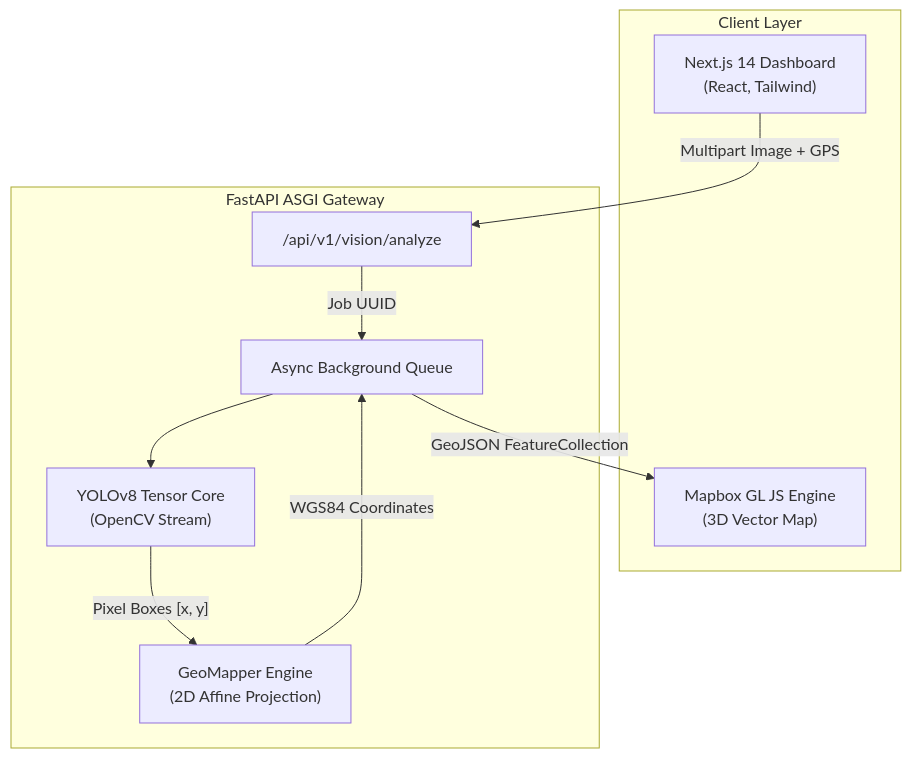
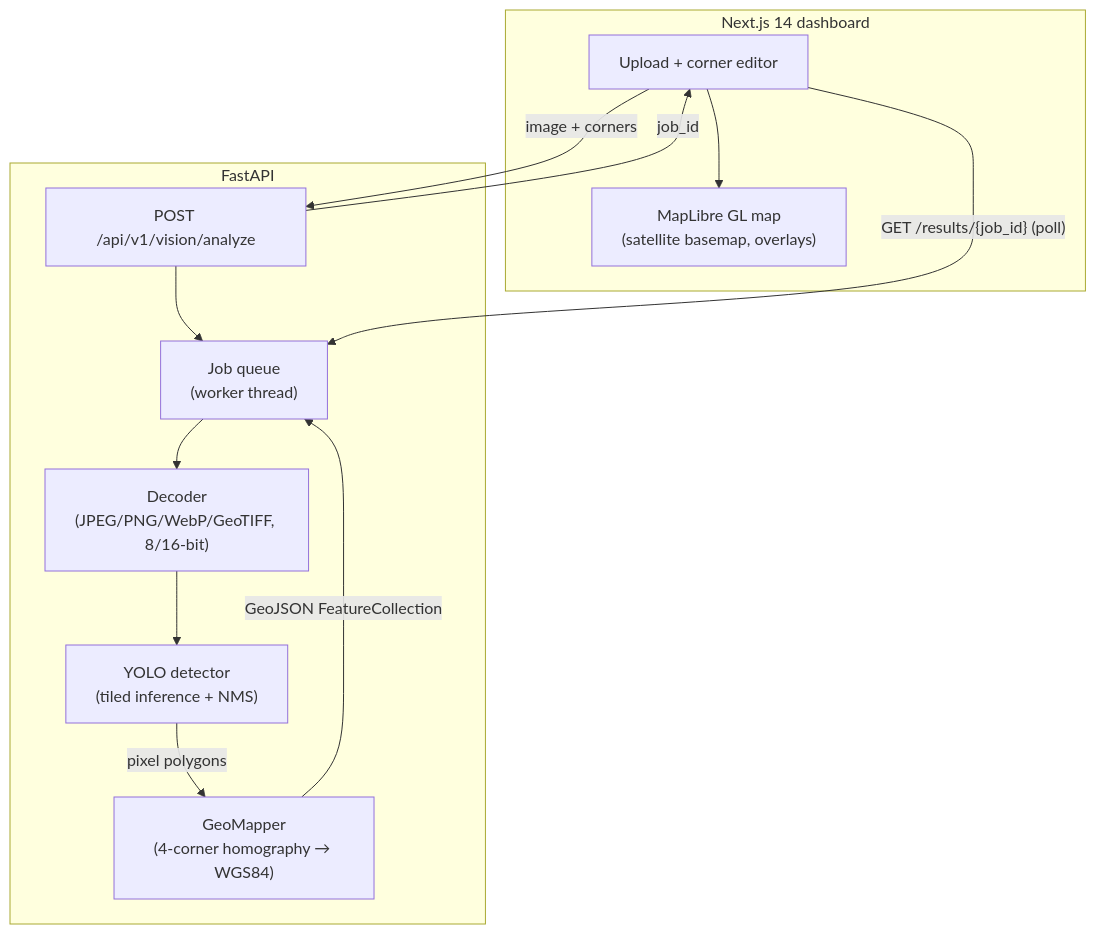
Before and after one commit to valentinakiyungi/GeoPulse: the diagram in README.md, drawn with Mermaid. The commit also changed other lines of this file and 50 other files, not shown here.

````diff
--- a/README.md
+++ b/README.md
@@ -35,21 +43,22 @@
 ```mermaid
 flowchart TD
-    subgraph Client ["Client Layer"]
-        UI["Next.js 14 Dashboard<br/>(React, Tailwind)"]
-        Map["Mapbox GL JS Engine<br/>(3D Vector Map)"]
+    subgraph Client ["Next.js 14 dashboard"]
+        UI["Upload + corner editor"]
+        Map["MapLibre GL map<br/>(satellite basemap, overlays)"]
     end
 
-    subgraph Backend ["FastAPI ASGI Gateway"]
-        API["/api/v1/vision/analyze"]
-        Worker["Async Background Queue"]
-        YOLO["YOLOv8 Tensor Core<br/>(OpenCV Stream)"]
-        Geo["GeoMapper Engine<br/>(2D Affine Projection)"]
+    subgraph Backend ["FastAPI"]
+        API["POST /api/v1/vision/analyze"]
+        Q["Job queue<br/>(worker thread)"]
+        DEC["Decoder<br/>(JPEG/PNG/WebP/GeoTIFF, 8/16-bit)"]
+        YOLO["YOLO detector<br/>(tiled inference + NMS)"]
+        GEO["GeoMapper<br/>(4-corner homography → WGS84)"]
     end
 
-    UI -- "Multipart Image + GPS" --> API
-    API -- "Job UUID" --> Worker
-    Worker --> YOLO
-    YOLO -- "Pixel Boxes [x, y]" --> Geo
-    Geo -- "WGS84 Coordinates" --> Worker
-    Worker -- "GeoJSON FeatureCollection" --> Map
+    UI -- "image + corners" --> API
+    API -- "job_id" --> UI
+    API --> Q --> DEC --> YOLO -- "pixel polygons" --> GEO
+    GEO -- "GeoJSON FeatureCollection" --> Q
+    UI -- "GET /results/{job_id} (poll)" --> Q
+    UI --> Map
 ```
````
